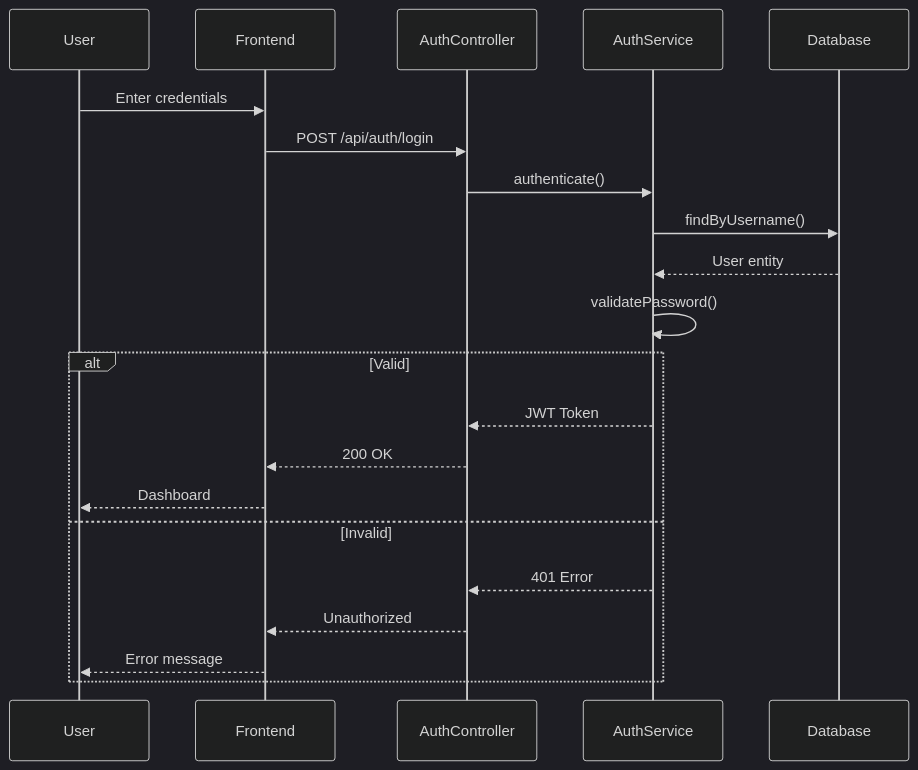
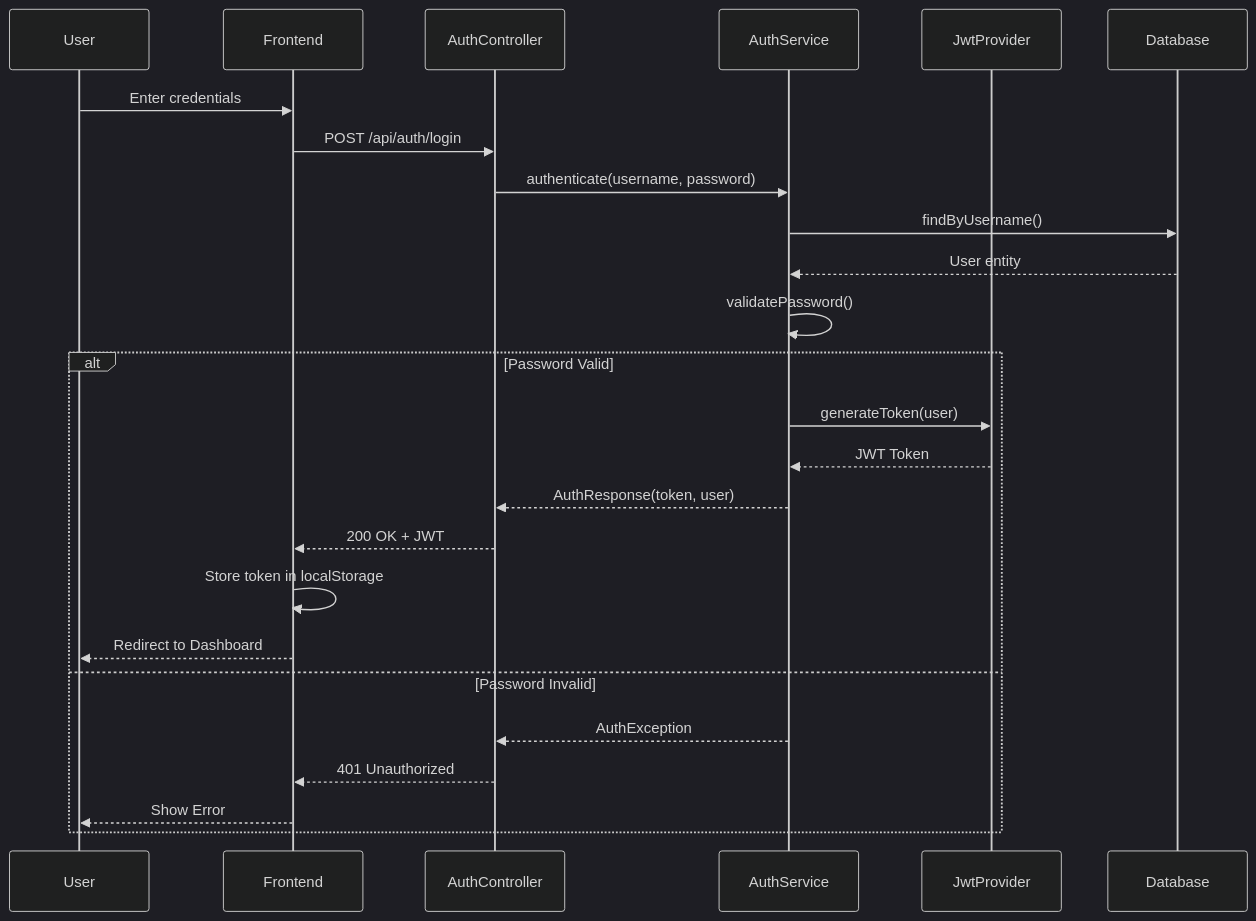
The third of 8 diagrams in docs/uml_diagrams.md (coded-with-aryan0426/gym-management-system-fullstack), drawn with Mermaid (dark theme) before and after one commit. The commit also changed other lines of this file and 16 other files, not shown here.

````diff
--- a/docs/uml_diagrams.md
+++ b/docs/uml_diagrams.md
@@ -209,24 +216,28 @@
 ```mermaid
 sequenceDiagram
     participant U as User
     participant F as Frontend
     participant A as AuthController
     participant S as AuthService
+    participant J as JwtProvider
     participant D as Database
 
     U->>F: Enter credentials
     F->>A: POST /api/auth/login
-    A->>S: authenticate()
+    A->>S: authenticate(username, password)
     S->>D: findByUsername()
     D-->>S: User entity
     S->>S: validatePassword()
-    alt Valid
-        S-->>A: JWT Token
-        A-->>F: 200 OK
-        F-->>U: Dashboard
-    else Invalid
-        S-->>A: 401 Error
-        A-->>F: Unauthorized
-        F-->>U: Error message
+    alt Password Valid
+        S->>J: generateToken(user)
+        J-->>S: JWT Token
+        S-->>A: AuthResponse(token, user)
+        A-->>F: 200 OK + JWT
+        F->>F: Store token in localStorage
+        F-->>U: Redirect to Dashboard
+    else Password Invalid
+        S-->>A: AuthException
+        A-->>F: 401 Unauthorized
+        F-->>U: Show Error
     end
 ```
````
